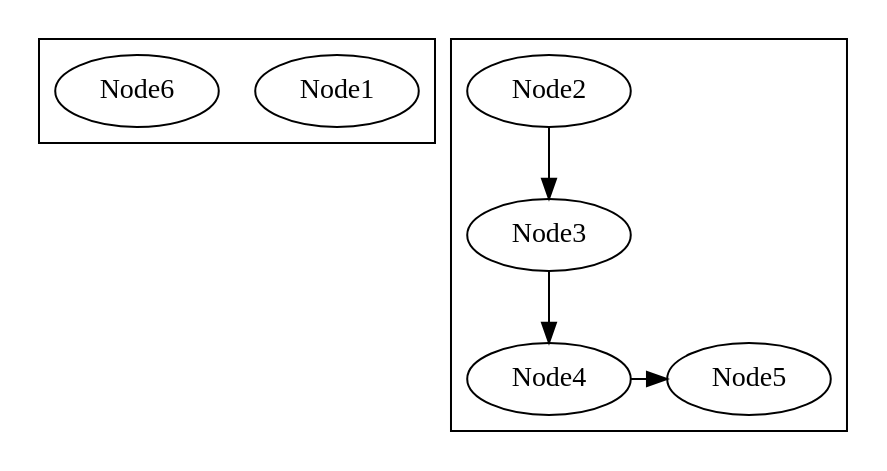
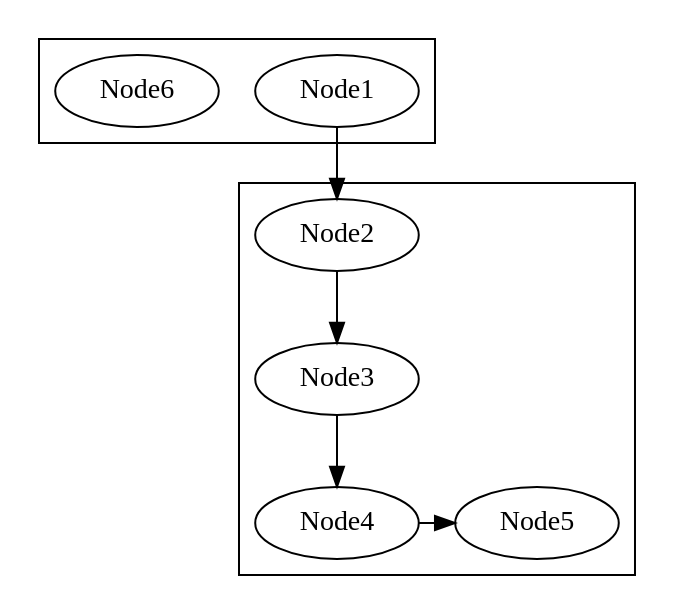
Before and after one commit to sisyphus1212/note: the fifth of 5 diagrams in other/graphviz.md, drawn with Graphviz.

Commit message:
auto_update

````diff
--- a/other/graphviz.md
+++ b/other/graphviz.md
@@ -61,14 +61,15 @@
 ```graphviz
 digraph {
     rankdir=TB
     subgraph cluster_vertical_example2{
         Node1; Node6
     }
     subgraph cluster_vertical_example{
         "Node2"-> "Node3";
         "Node3"-> "Node4";
         "Node4"->"Node5"
         {rank=same; "Node4"; "Node5";}
     }
+    Node1 -> Node2
 }
 ```
````
